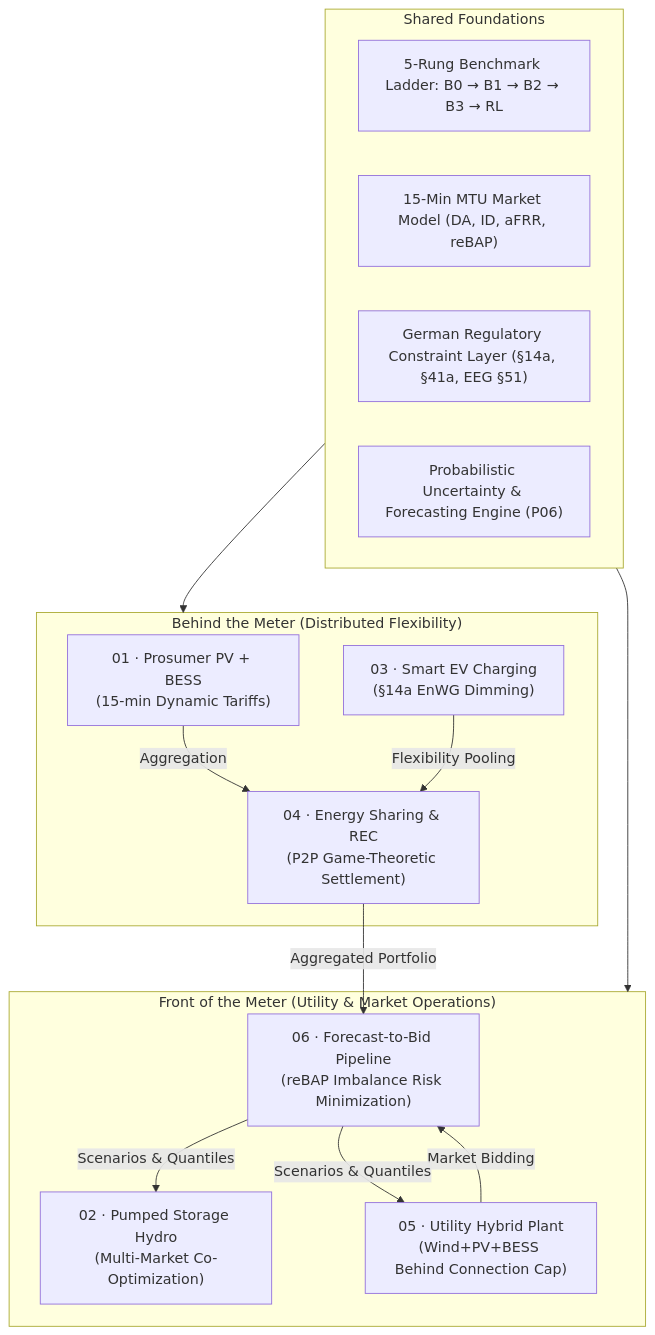
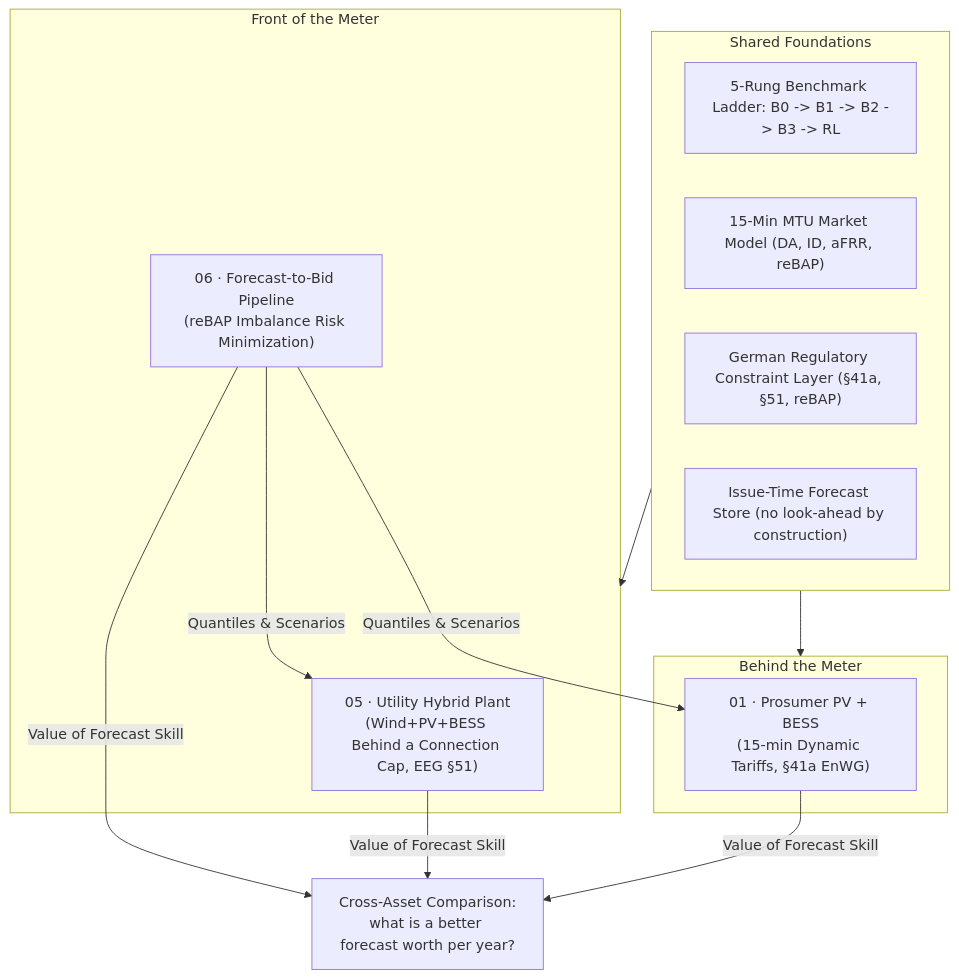
Before and after one commit to muratkus01/Portfolio: the diagram in README.md, drawn with Mermaid. The commit also changed other lines of this file and 59 other files, not shown here.

````diff
--- a/README.md
+++ b/README.md
@@ -45,30 +45,26 @@
 ```mermaid
 flowchart TB
     subgraph FOUND["Shared Foundations"]
-        F1["5-Rung Benchmark Ladder: B0 → B1 → B2 → B3 → RL"]
+        F1["5-Rung Benchmark Ladder: B0 -> B1 -> B2 -> B3 -> RL"]
         F2["15-Min MTU Market Model (DA, ID, aFRR, reBAP)"]
-        F3["German Regulatory Constraint Layer (§14a, §41a, EEG §51)"]
-        F4["Probabilistic Uncertainty & Forecasting Engine (P06)"]
+        F3["German Regulatory Constraint Layer (§41a, §51, reBAP)"]
+        F4["Issue-Time Forecast Store (no look-ahead by construction)"]
     end
 
-    subgraph BTM["Behind the Meter (Distributed Flexibility)"]
-        P1["01 · Prosumer PV + BESS<br/>(15-min Dynamic Tariffs)"]
-        P3["03 · Smart EV Charging<br/>(§14a EnWG Dimming)"]
-        P4["04 · Energy Sharing & REC<br/>(P2P Game-Theoretic Settlement)"]
+    subgraph BTM["Behind the Meter"]
+        P1["01 · Prosumer PV + BESS<br/>(15-min Dynamic Tariffs, §41a EnWG)"]
     end
 
-    subgraph FTM["Front of the Meter (Utility & Market Operations)"]
-        P5["05 · Utility Hybrid Plant<br/>(Wind+PV+BESS Behind Connection Cap)"]
-        P2["02 · Pumped Storage Hydro<br/>(Multi-Market Co-Optimization)"]
+    subgraph FTM["Front of the Meter"]
+        P5["05 · Utility Hybrid Plant<br/>(Wind+PV+BESS Behind a Connection Cap, EEG §51)"]
         P6["06 · Forecast-to-Bid Pipeline<br/>(reBAP Imbalance Risk Minimization)"]
     end
 
     FOUND --> BTM
     FOUND --> FTM
-    P1 -->|Aggregation| P4
-    P3 -->|Flexibility Pooling| P4
-    P4 -->|Aggregated Portfolio| P6
-    P5 -->|Market Bidding| P6
-    P6 -->|Scenarios & Quantiles| P2
-    P6 -->|Scenarios & Quantiles| P5
+    P6 -->|Quantiles & Scenarios| P1
+    P6 -->|Quantiles & Scenarios| P5
+    P1 -->|Value of Forecast Skill| VAL["Cross-Asset Comparison:<br/>what is a better forecast worth per year?"]
+    P5 -->|Value of Forecast Skill| VAL
+    P6 -->|Value of Forecast Skill| VAL
 ```
````
